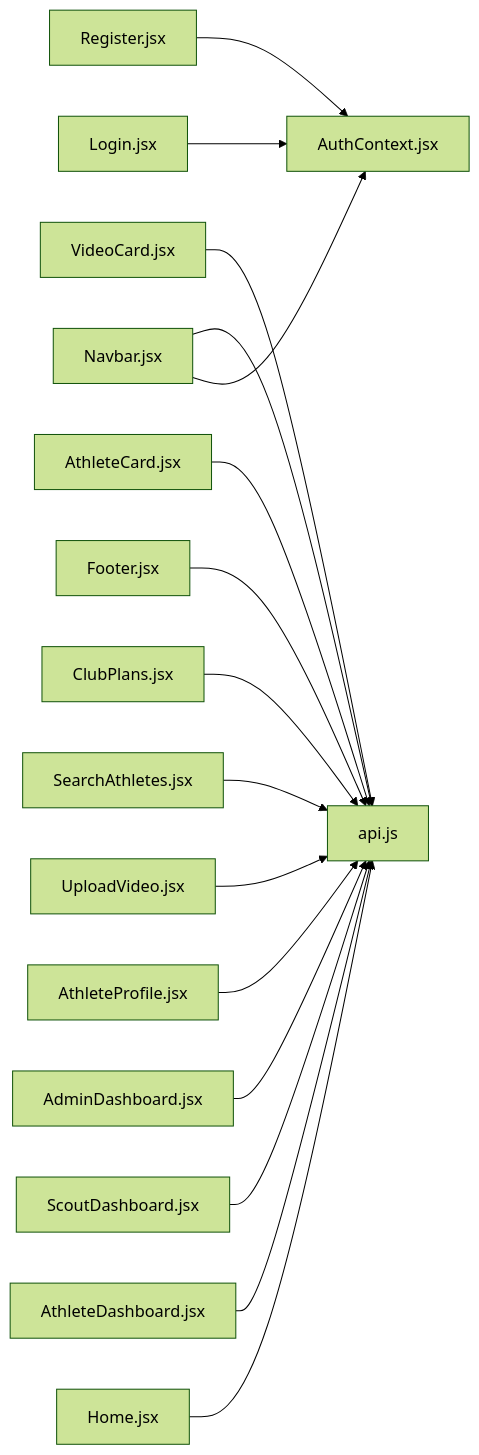
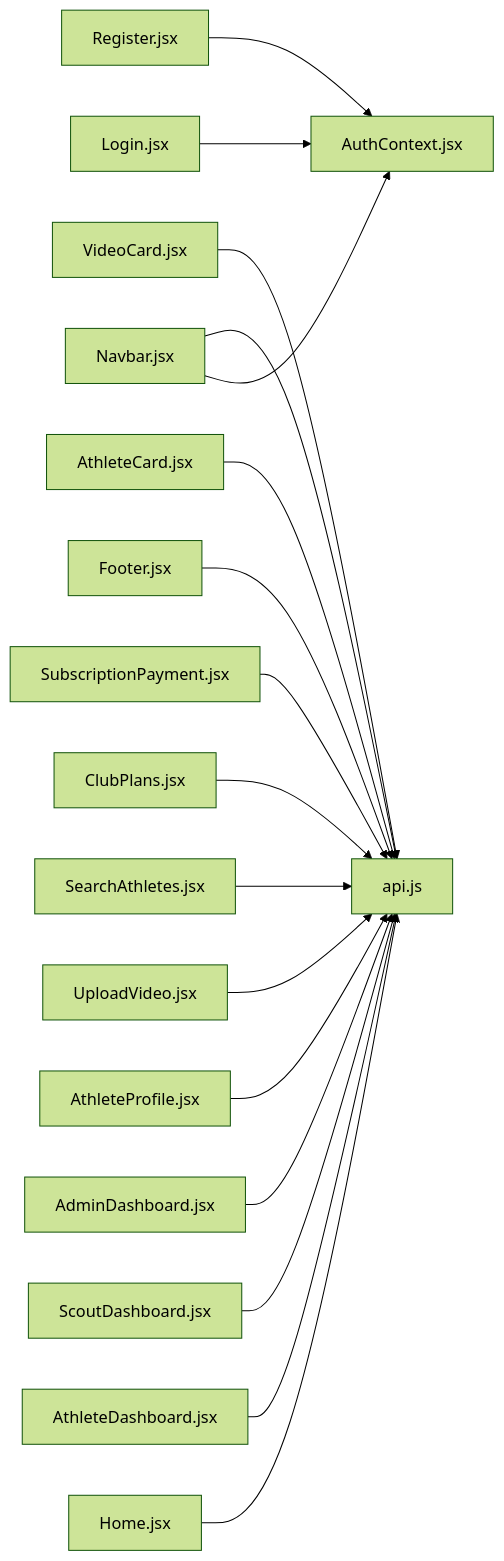
Diagram 14 of 14 in .qoder/repowiki/en/content/Frontend Application/Page Components.md (Alexandrexicara/craque-vision), drawn with Mermaid (forest theme) before and after one commit. The commit also changed other lines of this file and 10 other files, not shown here.

````diff
--- a/.qoder/repowiki/en/content/Frontend Application/Page Components.md
+++ b/.qoder/repowiki/en/content/Frontend Application/Page Components.md
@@ -500,18 +550,19 @@
 ```mermaid
 graph LR
 Login["Login.jsx"] --> AuthCtx["AuthContext.jsx"]
 Register["Register.jsx"] --> AuthCtx
 Home["Home.jsx"] --> Api["api.js"]
 AthleteDash["AthleteDashboard.jsx"] --> Api
 ScoutDash["ScoutDashboard.jsx"] --> Api
 AdminDash["AdminDashboard.jsx"] --> Api
 AthleteProfile["AthleteProfile.jsx"] --> Api
 UploadVideo["UploadVideo.jsx"] --> Api
 SearchAthletes["SearchAthletes.jsx"] --> Api
 ClubPlans["ClubPlans.jsx"] --> Api
+SubscriptionPayment["SubscriptionPayment.jsx"] --> Api
 Navbar["Navbar.jsx"] --> AuthCtx
 Navbar --> Api
 Footer["Footer.jsx"] --> Api
 AthleteCard["AthleteCard.jsx"] --> Api
 VideoCard["VideoCard.jsx"] --> Api
 ```
````
